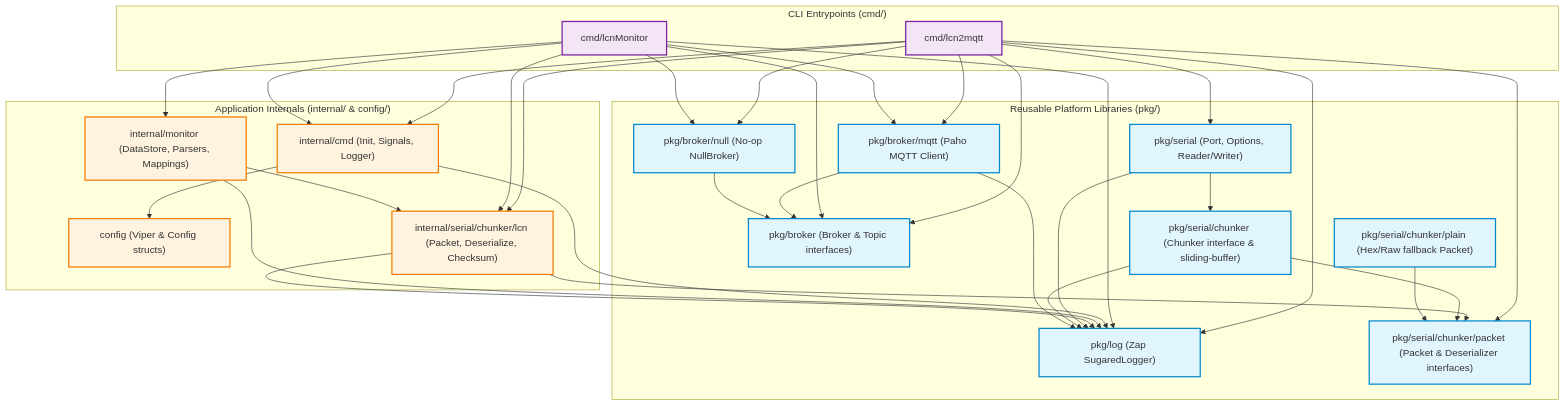
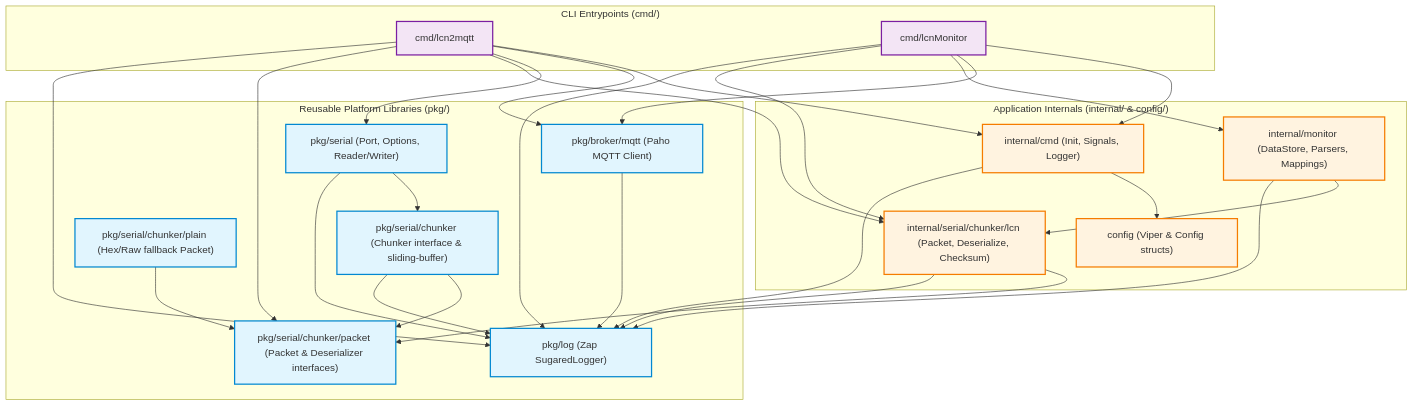
Before and after one commit to MyChaOS87/reverseLCN: the first of 3 diagrams in docs/ARCHITECTURE.md, drawn with Mermaid. The commit also changed other lines of this file and 17 other files, not shown here.

First line of the commit message:
bugfix(mqtt): re-subscribe topics on broker reconnect

````diff
--- a/docs/ARCHITECTURE.md
+++ b/docs/ARCHITECTURE.md
@@ -15,72 +15,63 @@
 ```mermaid
 flowchart TD
     subgraph CLI["CLI Entrypoints (cmd/)"]
         lcn2mqtt["cmd/lcn2mqtt"]
         lcnMonitor["cmd/lcnMonitor"]
     end
 
     subgraph Internal["Application Internals (internal/ & config/)"]
         cfg["config (Viper & Config structs)"]
         cmdInit["internal/cmd (Init, Signals, Logger)"]
         monitor["internal/monitor (DataStore, Parsers, Mappings)"]
         lcnProto["internal/serial/chunker/lcn (Packet, Deserialize, Checksum)"]
     end
 
     subgraph Pkg["Reusable Platform Libraries (pkg/)"]
         logPkg["pkg/log (Zap SugaredLogger)"]
-        brokerPkg["pkg/broker (Broker & Topic interfaces)"]
         mqttPkg["pkg/broker/mqtt (Paho MQTT Client)"]
-        nullPkg["pkg/broker/null (No-op NullBroker)"]
         serialPkg["pkg/serial (Port, Options, Reader/Writer)"]
         chunkerPkg["pkg/serial/chunker (Chunker interface & sliding-buffer)"]
         packetPkg["pkg/serial/chunker/packet (Packet & Deserializer interfaces)"]
         plainPkg["pkg/serial/chunker/plain (Hex/Raw fallback Packet)"]
     end
 
     lcn2mqtt --> cmdInit
-    lcn2mqtt --> brokerPkg
     lcn2mqtt --> mqttPkg
-    lcn2mqtt --> nullPkg
     lcn2mqtt --> serialPkg
     lcn2mqtt --> lcnProto
     lcn2mqtt --> packetPkg
     lcn2mqtt --> logPkg
 
     lcnMonitor --> cmdInit
-    lcnMonitor --> brokerPkg
     lcnMonitor --> mqttPkg
-    lcnMonitor --> nullPkg
     lcnMonitor --> monitor
     lcnMonitor --> lcnProto
     lcnMonitor --> logPkg
 
     cmdInit --> cfg
     cmdInit --> logPkg
 
     monitor --> lcnProto
     monitor --> logPkg
 
     lcnProto --> packetPkg
     lcnProto --> logPkg
 
     serialPkg --> chunkerPkg
     serialPkg --> logPkg
 
     chunkerPkg --> packetPkg
     chunkerPkg --> logPkg
 
     plainPkg --> packetPkg
 
-    mqttPkg --> brokerPkg
     mqttPkg --> logPkg
-
-    nullPkg --> brokerPkg
 
     classDef pkgClass fill:#e1f5fe,stroke:#0288d1,stroke-width:2px;
     classDef internalClass fill:#fff3e0,stroke:#f57c00,stroke-width:2px;
     classDef cliClass fill:#f3e5f5,stroke:#7b1fa2,stroke-width:2px;
 
     class lcn2mqtt,lcnMonitor cliClass;
     class cfg,cmdInit,monitor,lcnProto internalClass;
-    class logPkg,brokerPkg,mqttPkg,nullPkg,serialPkg,chunkerPkg,packetPkg,plainPkg pkgClass;
+    class logPkg,mqttPkg,serialPkg,chunkerPkg,packetPkg,plainPkg pkgClass;
 ```
````
